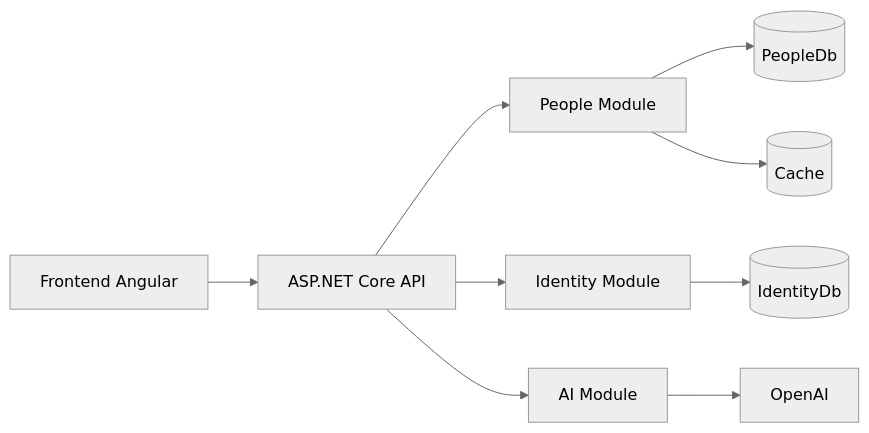
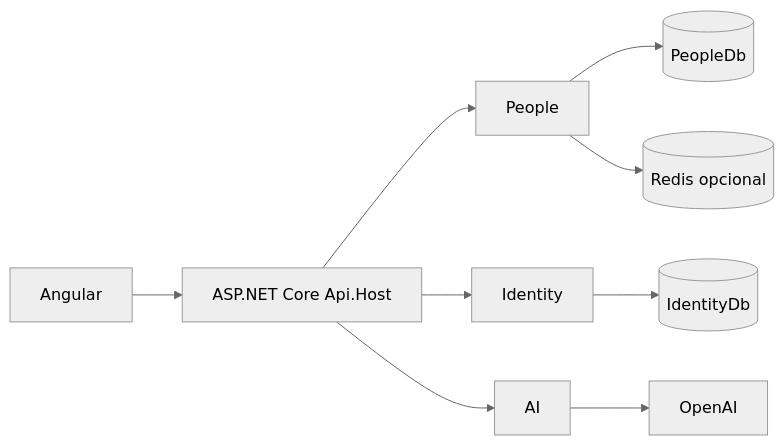
The first of 2 diagrams in DECK_PRESENTACION.md (devakle/Ficticia), drawn with Mermaid (neutral theme) before and after one commit. The commit also changed other lines of this file and 9 other files, not shown here.

````diff
--- a/DECK_PRESENTACION.md
+++ b/DECK_PRESENTACION.md
@@ -28,11 +28,11 @@
 ```mermaid
 flowchart LR
-  FE[Frontend Angular] --> API[ASP.NET Core API]
-  API --> PPL[People Module]
-  API --> IDN[Identity Module]
-  API --> AIM[AI Module]
+  FE[Angular] --> API[ASP.NET Core Api.Host]
+  API --> PPL[People]
+  API --> IDN[Identity]
+  API --> AIM[AI]
   PPL --> SQLP[(PeopleDb)]
   IDN --> SQLI[(IdentityDb)]
-  PPL --> REDIS[(Cache)]
+  PPL --> REDIS[(Redis opcional)]
   AIM --> OAI[OpenAI]
 ```
````
